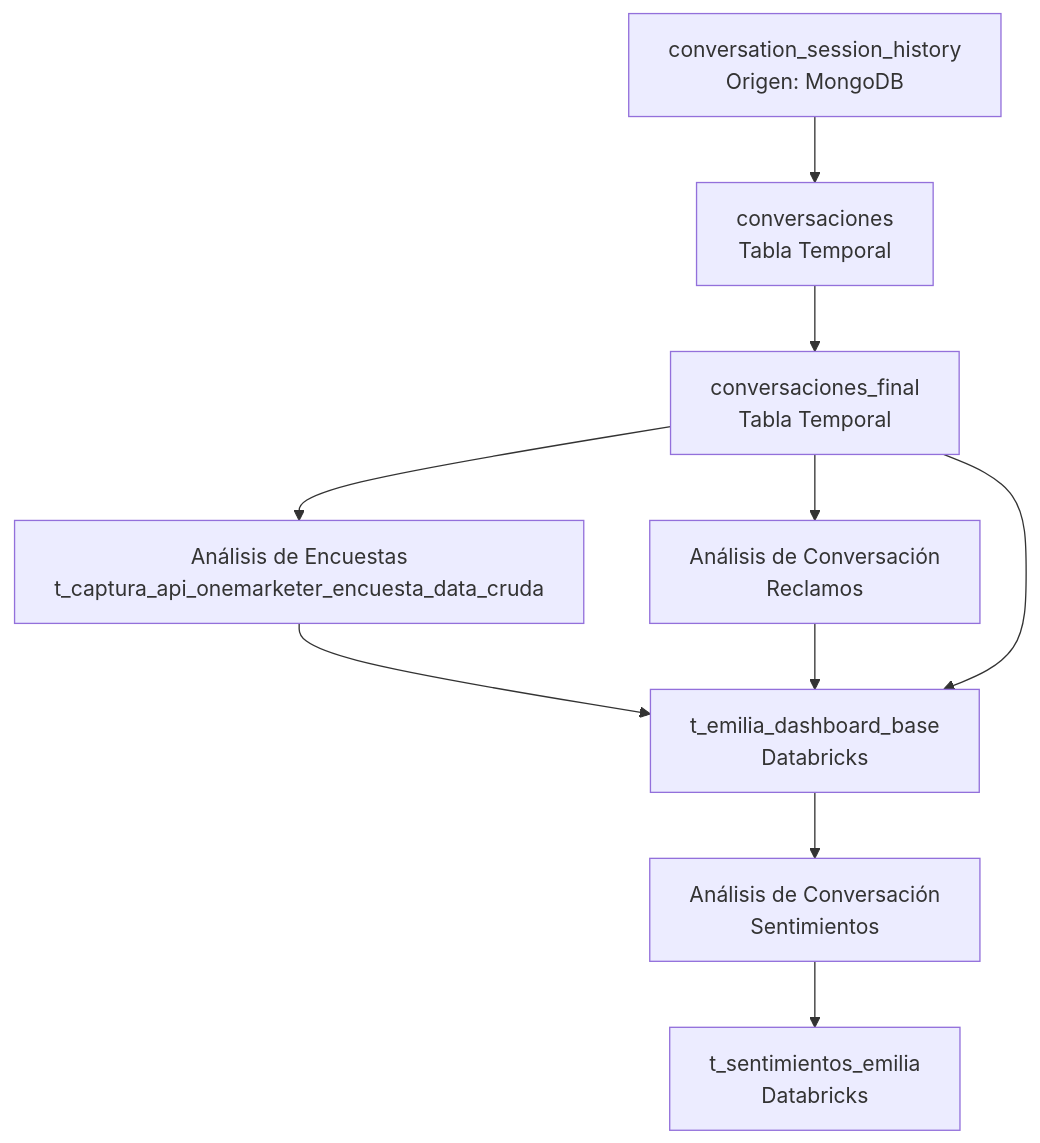
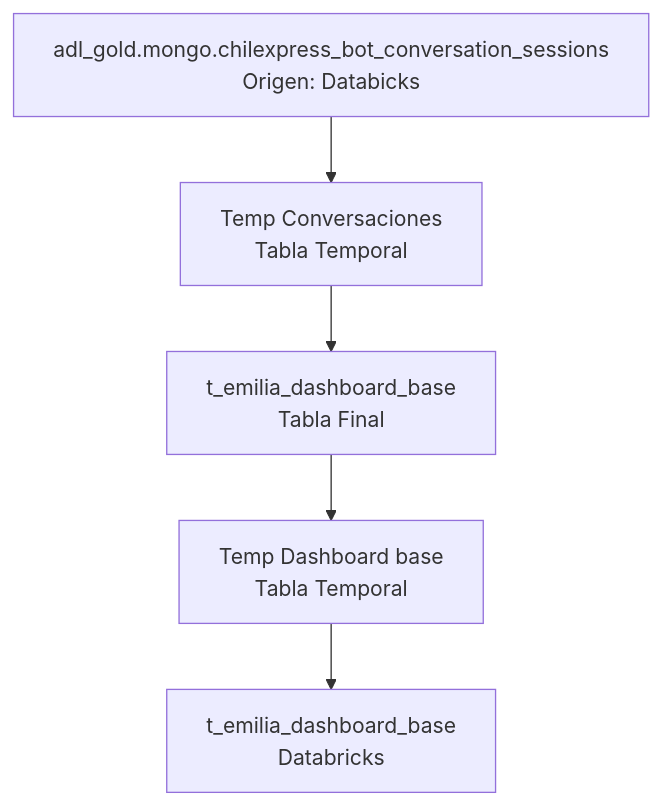
The diagram in docs/README.MD (jcarrion-chilexpress/ETL_Data_Process_Emilia), drawn with Mermaid before and after one commit. The commit also changed other lines of this file and 1 other file, not shown here.

Commit message:
Refactor load_conversation_session.py to simplify session_id extraction

````diff
--- a/docs/README.MD
+++ b/docs/README.MD
@@ -137,32 +122,16 @@
 ```mermaid id="b4g8gr"
 flowchart TD
 
-    A["conversation_session_history<br/>Origen: MongoDB"]
-
-    B["conversaciones<br/>Tabla Temporal"]
-
-    C["conversaciones_final<br/>Tabla Temporal"]
-
-    D["Análisis de Encuestas<br/>t_captura_api_onemarketer_encuesta_data_cruda"]
-
-    E["Análisis de Conversación<br/>Reclamos"]
-
-    F["t_emilia_dashboard_base<br/>Databricks"]
-
-    G["Análisis de Conversación<br/>Sentimientos"]
-
-    H["t_sentimientos_emilia<br/>Databricks"]
+    A["adl_gold.mongo.chilexpress_bot_conversation_sessions<br/>Origen: Databicks"]
+    B["Temp Conversaciones<br/>Tabla Temporal"]
+    C["t_emilia_dashboard_base<br/>Tabla Final"]
+    D["Temp Dashboard base<br/>Tabla Temporal"]
+    E["t_emilia_dashboard_base<br/>Databricks"]
 
     A --> B
     B --> C
 
     C --> D
-    C --> E
+    D --> E
 
-    D --> F
-    E --> F
-    C --> F
-
-    F --> G
-    G --> H
 ```
````
